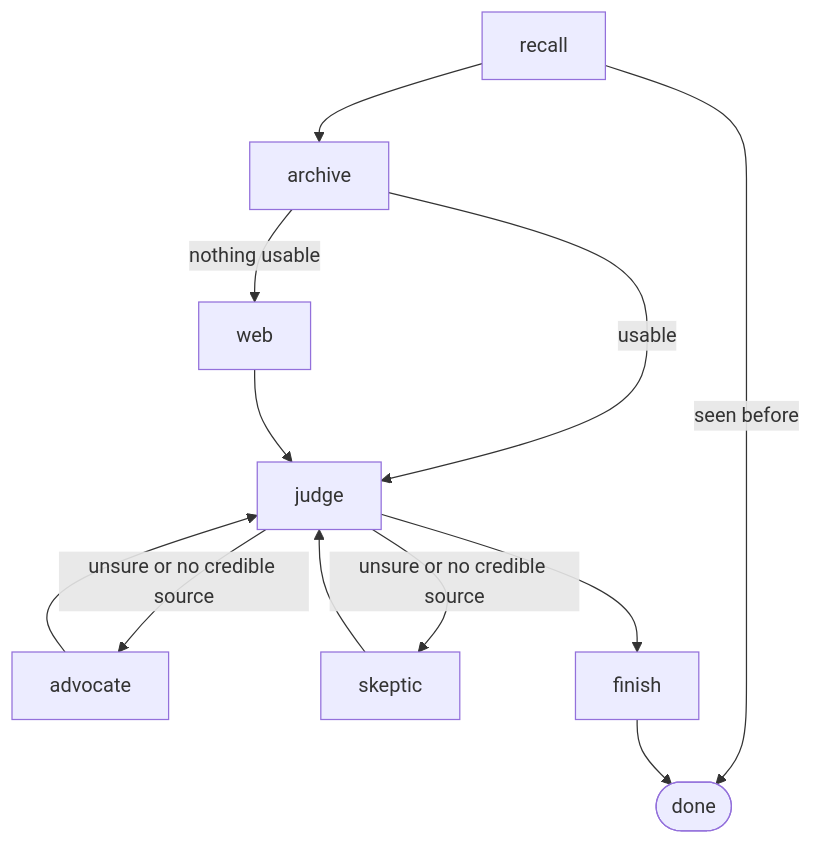
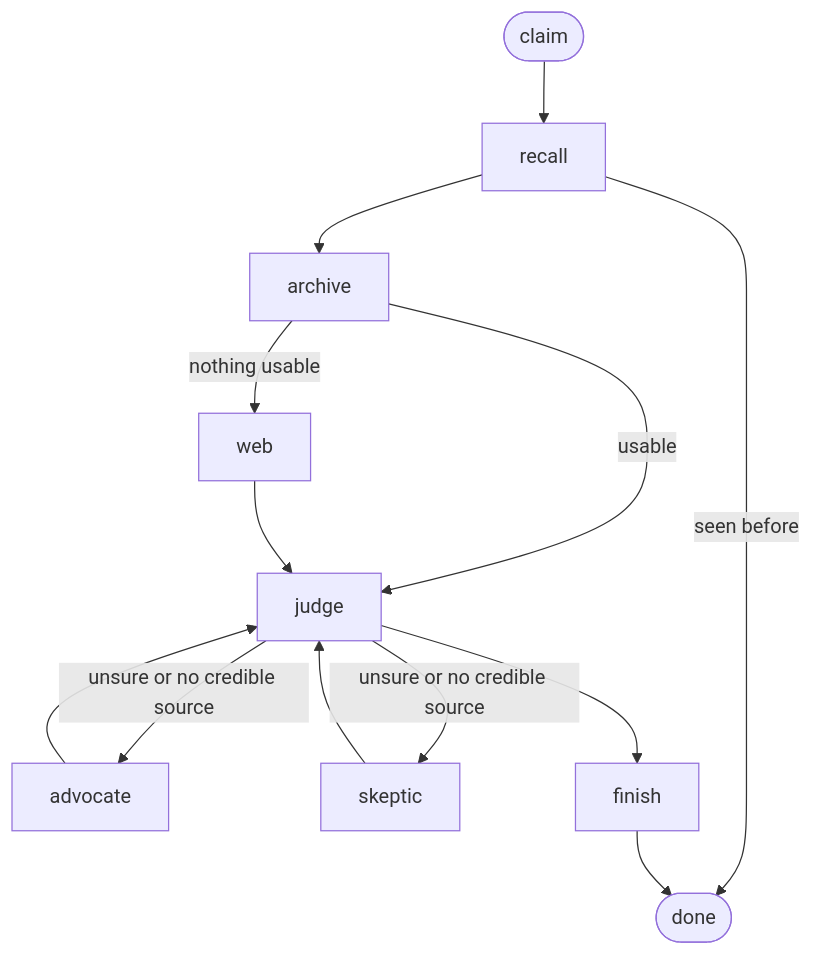
The diagram in README.md (Rishab-Agrawal/fact-checker), drawn with Mermaid before and after one commit. The commit also changed other lines of this file, not shown here.

Commit message:
README: live link and the research graph's input

````diff
--- a/README.md
+++ b/README.md
@@ -10,9 +12,10 @@
 ```mermaid
 graph TD
+  claim([claim]) --> recall
   recall -->|seen before| done([done])
   recall --> archive
   archive -->|usable| judge
   archive -->|nothing usable| web --> judge
   judge -->|unsure or no credible source| advocate & skeptic --> judge
   judge --> finish --> done
 ```
````
